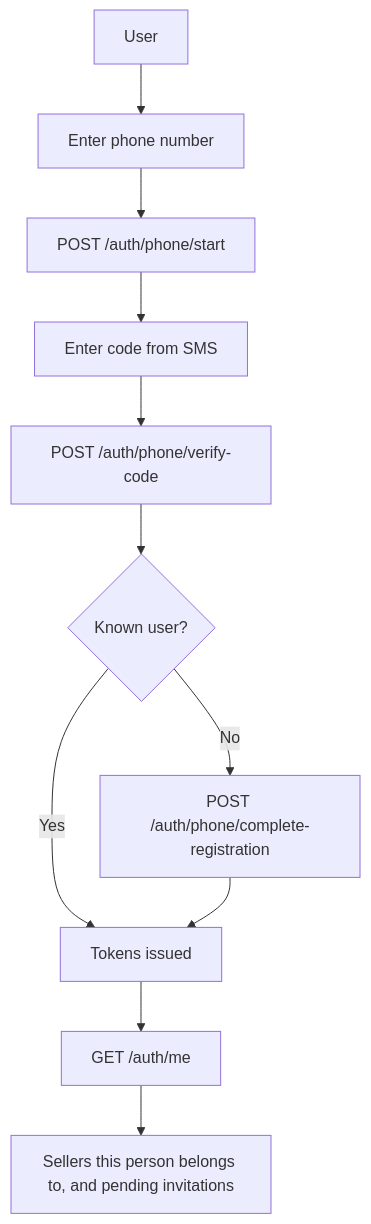
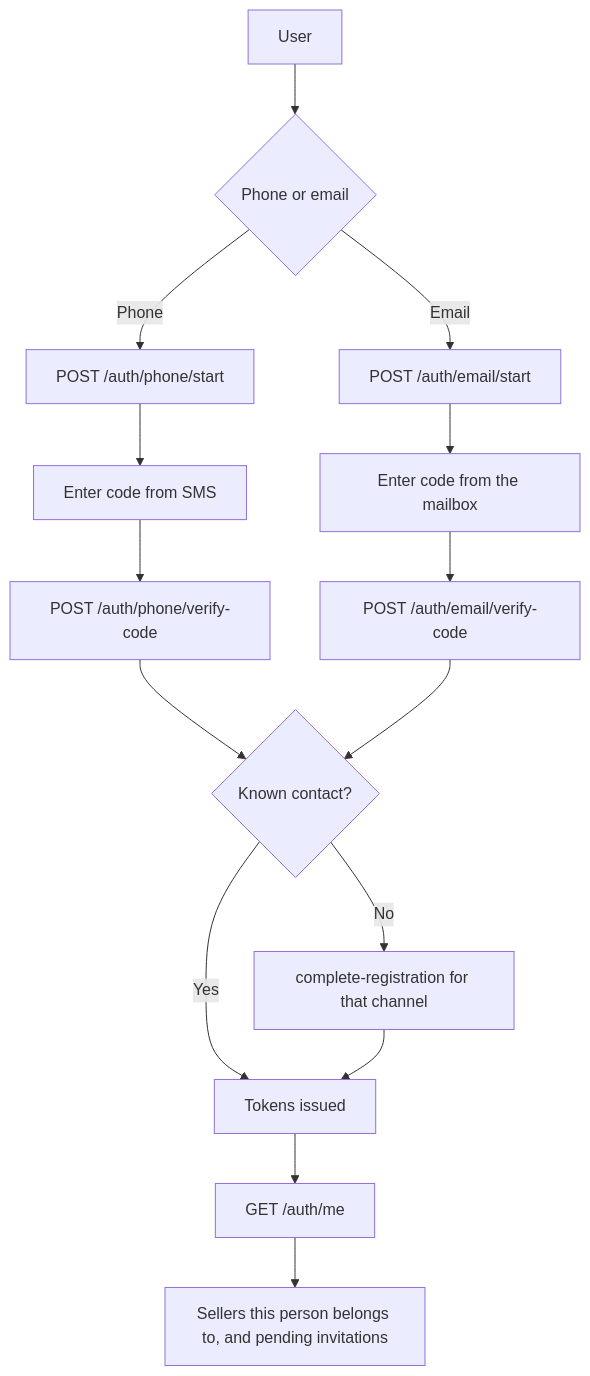
Before and after one commit to sportgearhub/sportgearhub-web-provider: the first of 2 diagrams in docs/api/sign-in-seller-onboarding.md, drawn with Mermaid. The commit also changed other lines of this file and 15 other files, not shown here.

````diff
--- a/docs/api/sign-in-seller-onboarding.md
+++ b/docs/api/sign-in-seller-onboarding.md
@@ -12,13 +13,17 @@
 ```mermaid
 flowchart TD
-    U[User] --> A[Enter phone number]
-    A --> B[POST /auth/phone/start]
-    B --> C[Enter code from SMS]
-    C --> D[POST /auth/phone/verify-code]
-    D --> E{Known user?}
-    E -->|No| F[POST /auth/phone/complete-registration]
-    E -->|Yes| G[Tokens issued]
-    F --> G
-    G --> H[GET /auth/me]
-    H --> I[Sellers this person belongs to, and pending invitations]
+    U[User] --> A{Phone or email}
+    A -->|Phone| B[POST /auth/phone/start]
+    A -->|Email| C[POST /auth/email/start]
+    B --> D[Enter code from SMS]
+    C --> E[Enter code from the mailbox]
+    D --> F[POST /auth/phone/verify-code]
+    E --> G[POST /auth/email/verify-code]
+    F --> H{Known contact?}
+    G --> H
+    H -->|No| I[complete-registration for that channel]
+    H -->|Yes| J[Tokens issued]
+    I --> J
+    J --> K[GET /auth/me]
+    K --> L[Sellers this person belongs to, and pending invitations]
 ```
````
